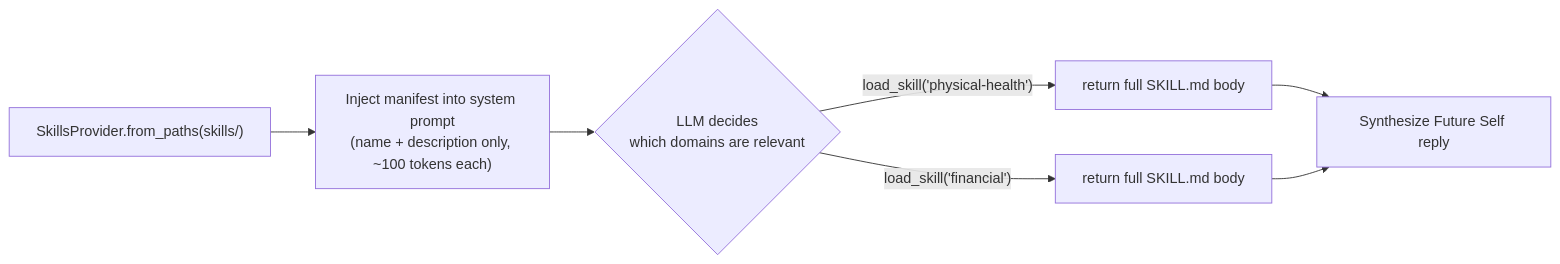
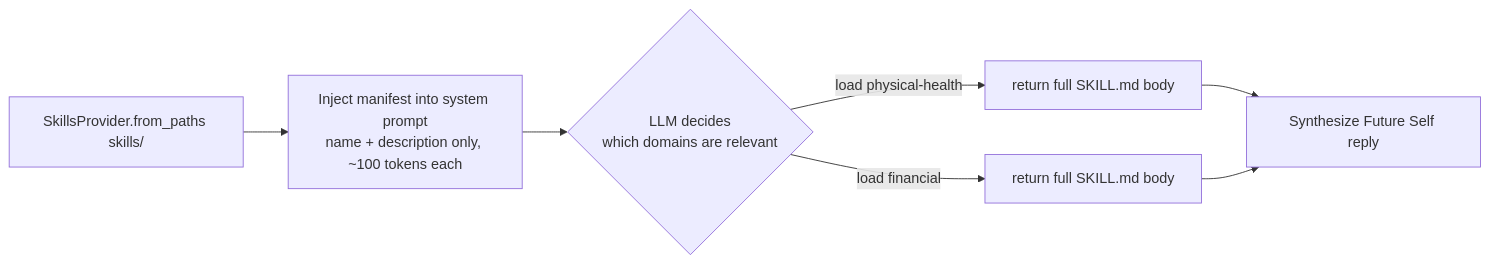
The third of 6 diagrams in ARCHITECTURE.md (scopeta/futureself), drawn with Mermaid before and after one commit. The commit also changed other lines of this file, not shown here.

First line of the commit message:
docs: harden ARCHITECTURE.md mermaid for portable rendering

````diff
--- a/ARCHITECTURE.md
+++ b/ARCHITECTURE.md
@@ -126,9 +126,9 @@
 ```mermaid
 flowchart LR
-    SP["SkillsProvider.from_paths(skills/)"] --> M["Inject manifest into system prompt<br/>(name + description only, ~100 tokens each)"]
+    SP["SkillsProvider.from_paths skills/"] --> M["Inject manifest into system prompt<br/>name + description only, ~100 tokens each"]
     M --> D{"LLM decides<br/>which domains are relevant"}
-    D -->|"load_skill('physical-health')"| B1["return full SKILL.md body"]
-    D -->|"load_skill('financial')"| B2["return full SKILL.md body"]
+    D -->|"load physical-health"| B1["return full SKILL.md body"]
+    D -->|"load financial"| B2["return full SKILL.md body"]
     B1 --> Synth["Synthesize Future Self reply"]
     B2 --> Synth
 ```
````
